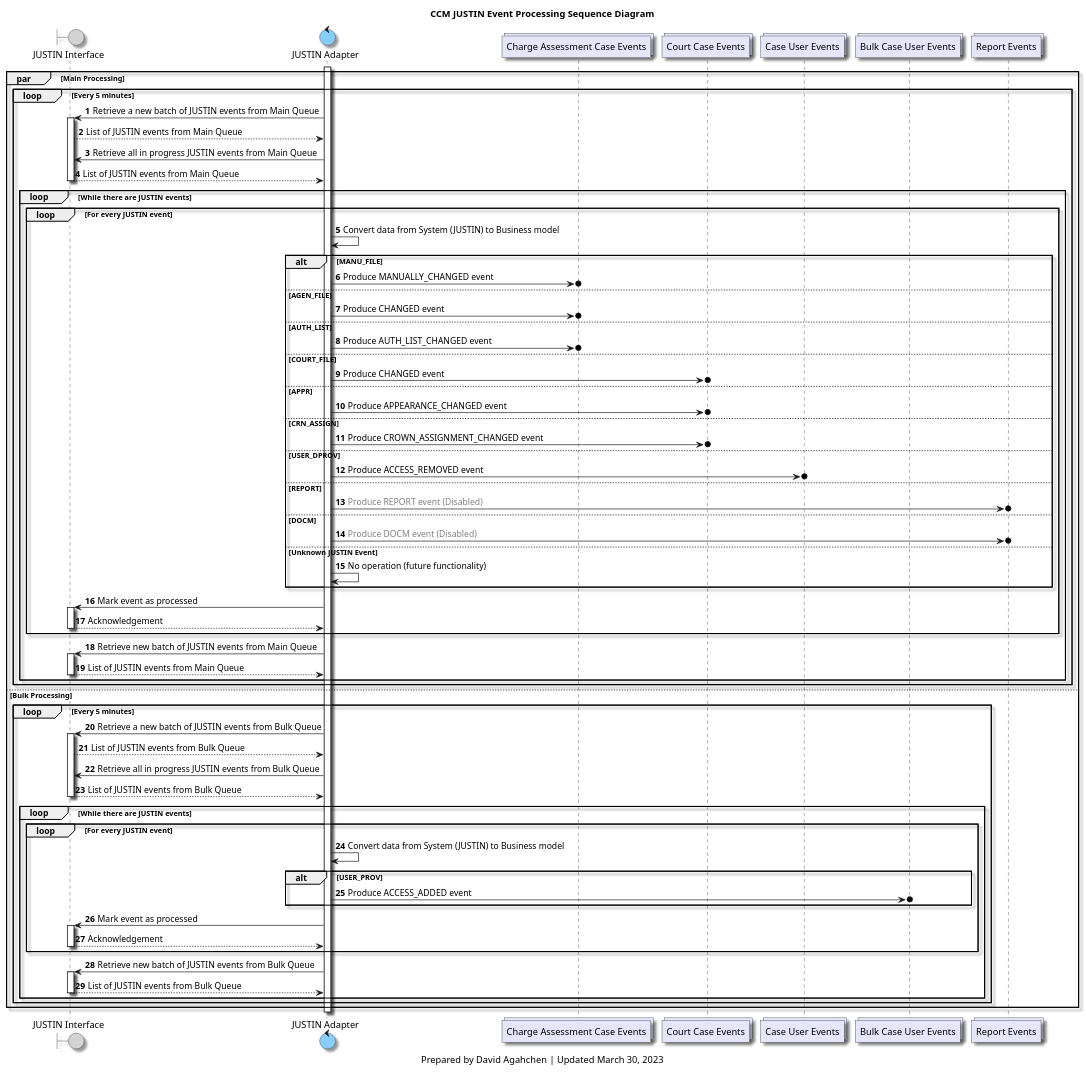
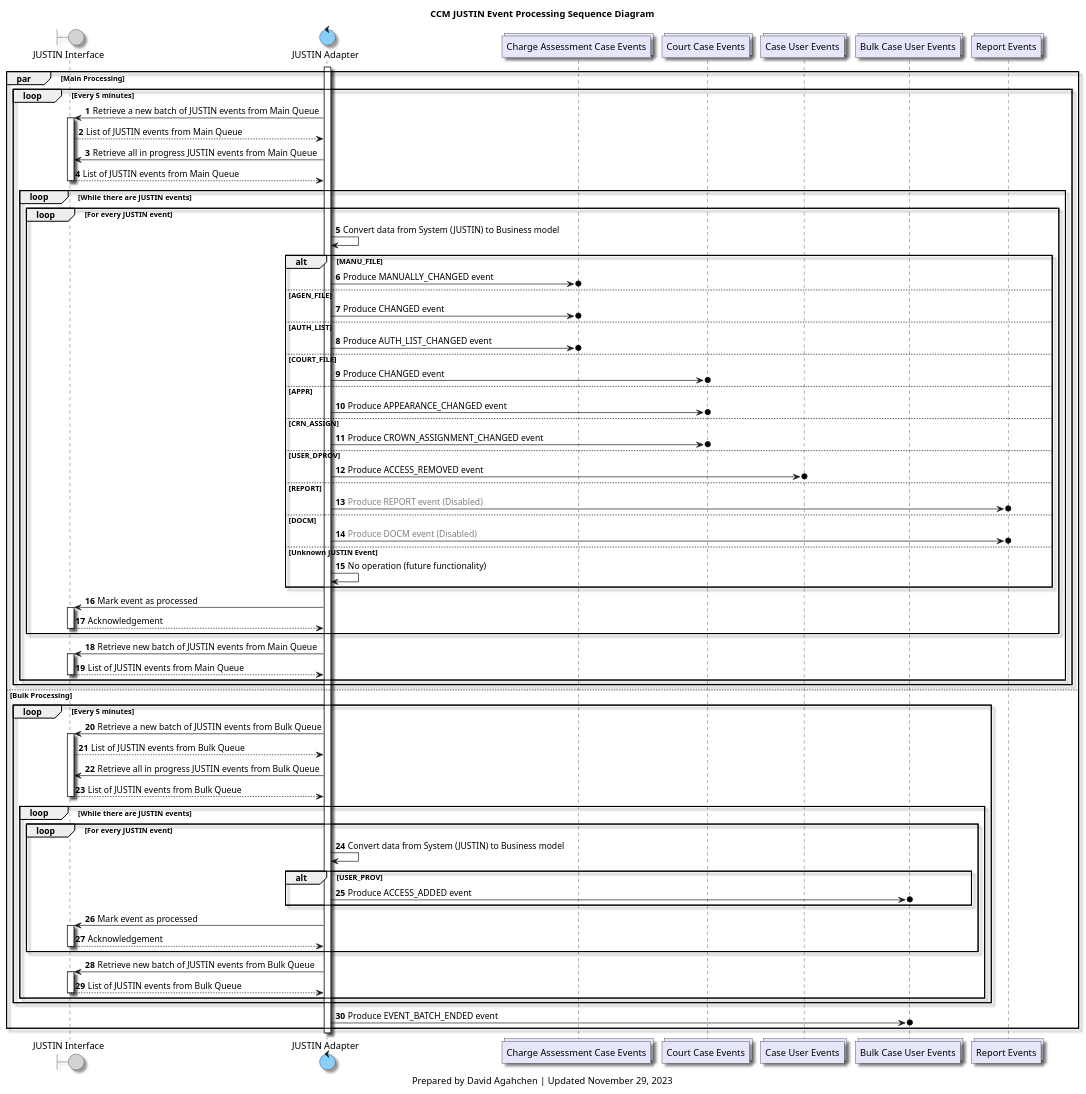
One commit to bcgov/jpss-jade-ccm changed the diagram in diagrams/ccm_justin_event_processing_sequence_diagram.plantuml. Above: the diagram before and after it, drawn with PlantUML. The commit also changed 10 other files, not shown here.

Commit message:
Update diagrams and documentation

```diff
--- a/diagrams/ccm_justin_event_processing_sequence_diagram.plantuml
+++ b/diagrams/ccm_justin_event_processing_sequence_diagram.plantuml
@@ -1,112 +1,114 @@
 @startuml
 'hide footbox
 
 skinparam Shadowing true
 skinparam CollectionsBackgroundColor Lavender
 skinparam ControlBackgroundColor LightSkyBlue
 skinparam BoundaryBackgroundColor LightGrey
 
 /' 
 Available colours
 https://plantuml-documentation.readthedocs.io/en/latest/formatting/color-names.html
 '/
 
 boundary j_interface as "JUSTIN Interface"
 control j_adapter as "JUSTIN Adapter"
 collections charge_assessment_cases_topic as "Charge Assessment Case Events"
 collections court_cases_topic as "Court Case Events"
 collections case_users_topic as "Case User Events"
 collections bulk_case_users_topic as "Bulk Case User Events"
 collections reports_topic as "Report Events"
 
 title
 CCM JUSTIN Event Processing Sequence Diagram
 end title
 
 autonumber
 
 activate j_adapter
 
 par Main Processing
 
     loop Every 5 minutes
         j_adapter-> j_interface: Retrieve a new batch of JUSTIN events from Main Queue
         activate j_interface
         j_interface --> j_adapter: List of JUSTIN events from Main Queue
         j_adapter-> j_interface: Retrieve all in progress JUSTIN events from Main Queue
         j_interface --> j_adapter: List of JUSTIN events from Main Queue
         deactivate j_interface
 
         loop While there are JUSTIN events
             loop For every JUSTIN event
                 j_adapter -> j_adapter: Convert data from System (JUSTIN) to Business model
                 alt MANU_FILE
                     j_adapter ->o charge_assessment_cases_topic: Produce MANUALLY_CHANGED event
                 else AGEN_FILE
                     j_adapter ->o charge_assessment_cases_topic: Produce CHANGED event
                 else AUTH_LIST
                     j_adapter ->o charge_assessment_cases_topic: Produce AUTH_LIST_CHANGED event
                 else COURT_FILE
                     j_adapter ->o court_cases_topic: Produce CHANGED event
                 else APPR
                     j_adapter ->o court_cases_topic: Produce APPEARANCE_CHANGED event
                 else CRN_ASSIGN
                     j_adapter ->o court_cases_topic: Produce CROWN_ASSIGNMENT_CHANGED event
                 else USER_DPROV
                     j_adapter ->o case_users_topic: Produce ACCESS_REMOVED event
                 else REPORT
                     j_adapter ->o reports_topic: <font color=grey>Produce REPORT event (Disabled)</font>
                 else DOCM
                     j_adapter ->o reports_topic: <font color=grey>Produce DOCM event (Disabled)</font>
                 else Unknown JUSTIN Event
                     j_adapter -> j_adapter: No operation (future functionality)
                 end
                 j_adapter -> j_interface: Mark event as processed
                 activate j_interface
                 j_interface --> j_adapter: Acknowledgement
                 deactivate j_interface
             end
 
             j_adapter-> j_interface: Retrieve new batch of JUSTIN events from Main Queue
             activate j_interface
             j_interface --> j_adapter: List of JUSTIN events from Main Queue
             deactivate j_interface
         end
     end
 
 else Bulk Processing
 
     loop Every 5 minutes
         j_adapter-> j_interface: Retrieve a new batch of JUSTIN events from Bulk Queue
         activate j_interface
         j_interface --> j_adapter: List of JUSTIN events from Bulk Queue
         j_adapter-> j_interface: Retrieve all in progress JUSTIN events from Bulk Queue
         j_interface --> j_adapter: List of JUSTIN events from Bulk Queue
         deactivate j_interface
 
         loop While there are JUSTIN events
             loop For every JUSTIN event
                 j_adapter -> j_adapter: Convert data from System (JUSTIN) to Business model
                 alt USER_PROV
                     j_adapter ->o bulk_case_users_topic: Produce ACCESS_ADDED event
                 end
                 j_adapter -> j_interface: Mark event as processed
                 activate j_interface
                 j_interface --> j_adapter: Acknowledgement
                 deactivate j_interface
             end
 
             j_adapter-> j_interface: Retrieve new batch of JUSTIN events from Bulk Queue
             activate j_interface
             j_interface --> j_adapter: List of JUSTIN events from Bulk Queue
             deactivate j_interface
         end
     end
 
+    j_adapter ->o bulk_case_users_topic : Produce EVENT_BATCH_ENDED event
+
 end
 deactivate j_adapter
 
 caption
-Prepared by David Agahchen | Updated March 30, 2023
+Prepared by David Agahchen | Updated November 29, 2023
 end caption
 @enduml
```
